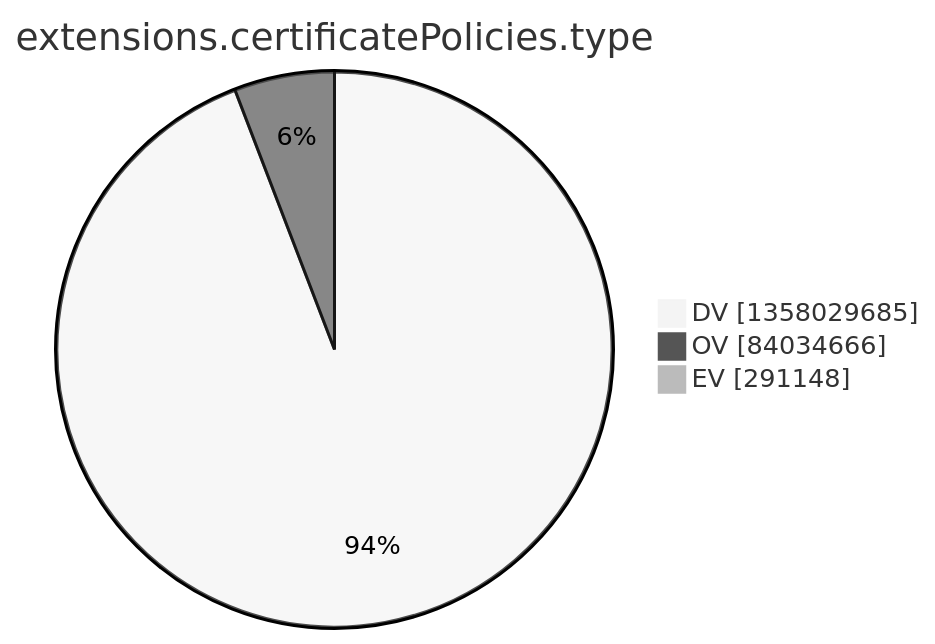
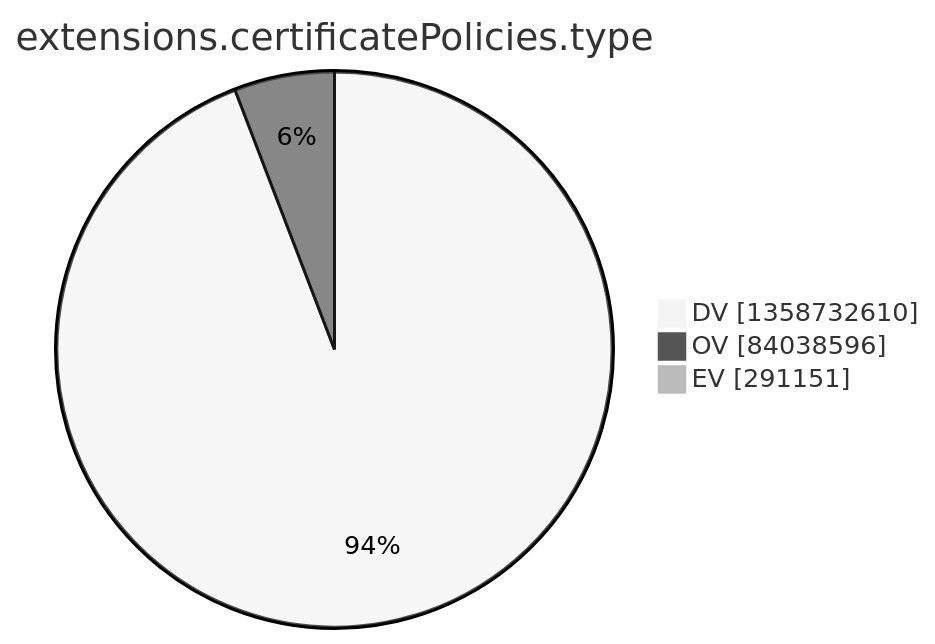
One commit to christiankrug/ctmonitor_visualization changed the tenth of 15 diagrams in argon2022/README.md. Above: the diagram before and after it, drawn with Mermaid (neutral theme). The commit also changed other lines of this file, not shown here.

````diff
--- a/argon2022/README.md
+++ b/argon2022/README.md
@@ -2773,7 +2773,7 @@
 ```mermaid
 pie showData
 title extensions.certificatePolicies.type
-"DV" :1358029685
-"OV" :84034666
-"EV" :291148
+"DV" :1358732610
+"OV" :84038596
+"EV" :291151
 ```
````
